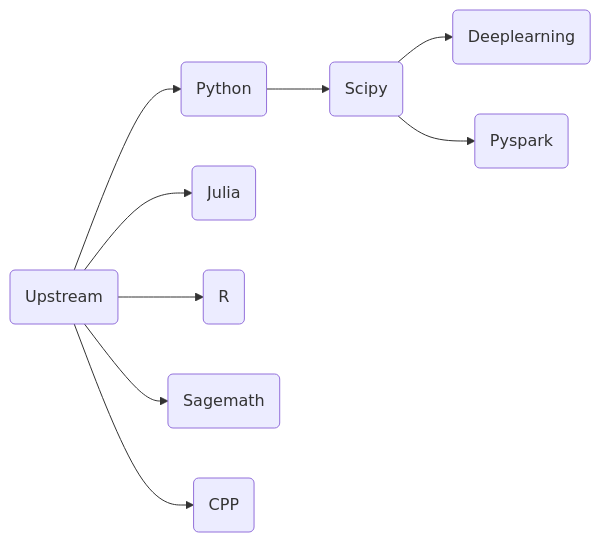
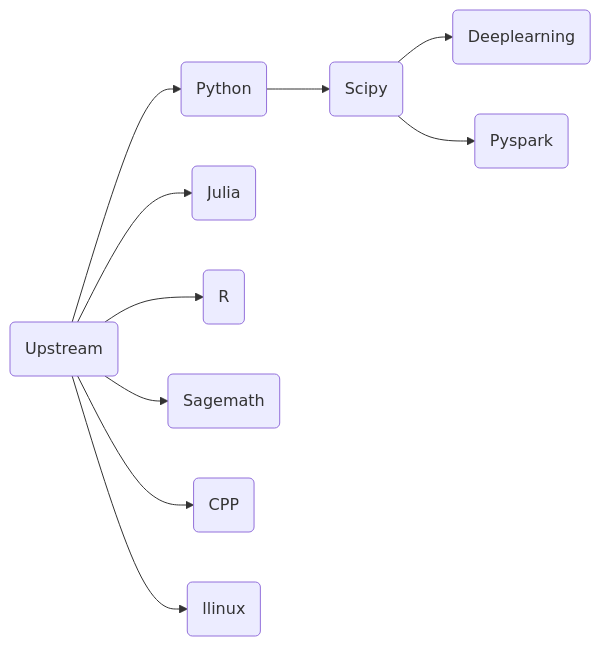
One commit to ben0i0d/jupyter-image-stacks changed the diagram in README.md. Above: the diagram before and after it, drawn with Mermaid. The commit also changed other lines of this file and 2 other files, not shown here.

Commit message:
更新 llinux/Dockerfile, README.md, .gitlab-ci.yml

````diff
--- a/README.md
+++ b/README.md
@@ -66,11 +68,11 @@
 ```mermaid
 graph LR
-A(Upstream)-->B(Python)
+A(Upstream)-->B(Python)-->C(Scipy)
 A-->F(Julia)
 A-->G(R)
 A-->H(Sagemath)
 A-->I(CPP)
-B-->C(Scipy)	
+A-->J(llinux)
 C(Scipy)-->D(Deeplearning)  
 C(Scipy)-->E(Pyspark)  
 ```  
````
